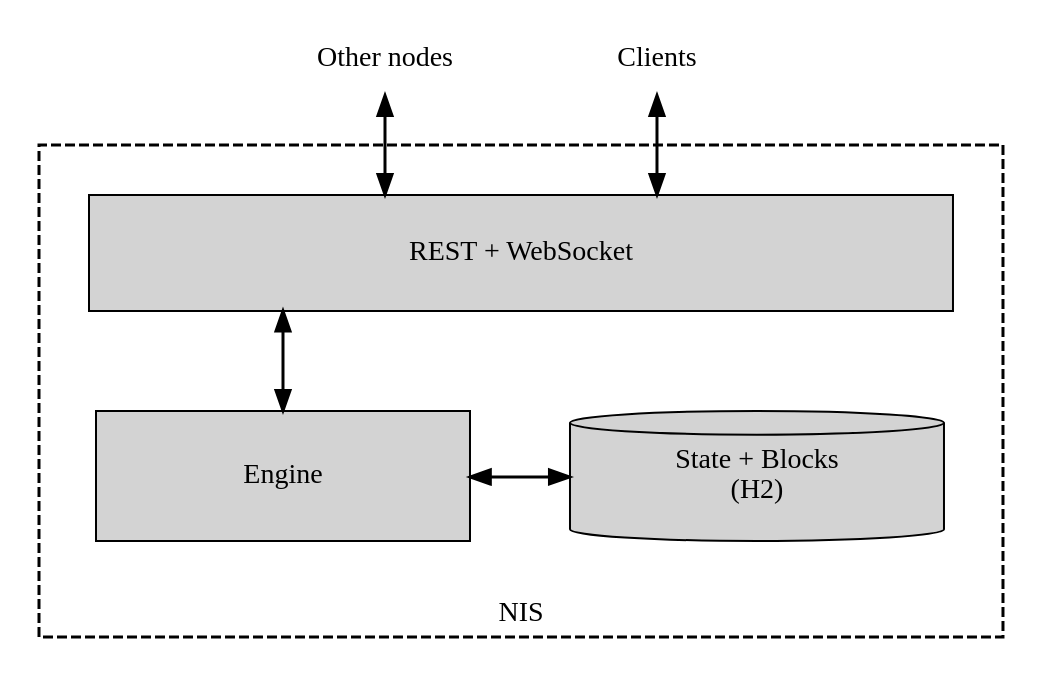
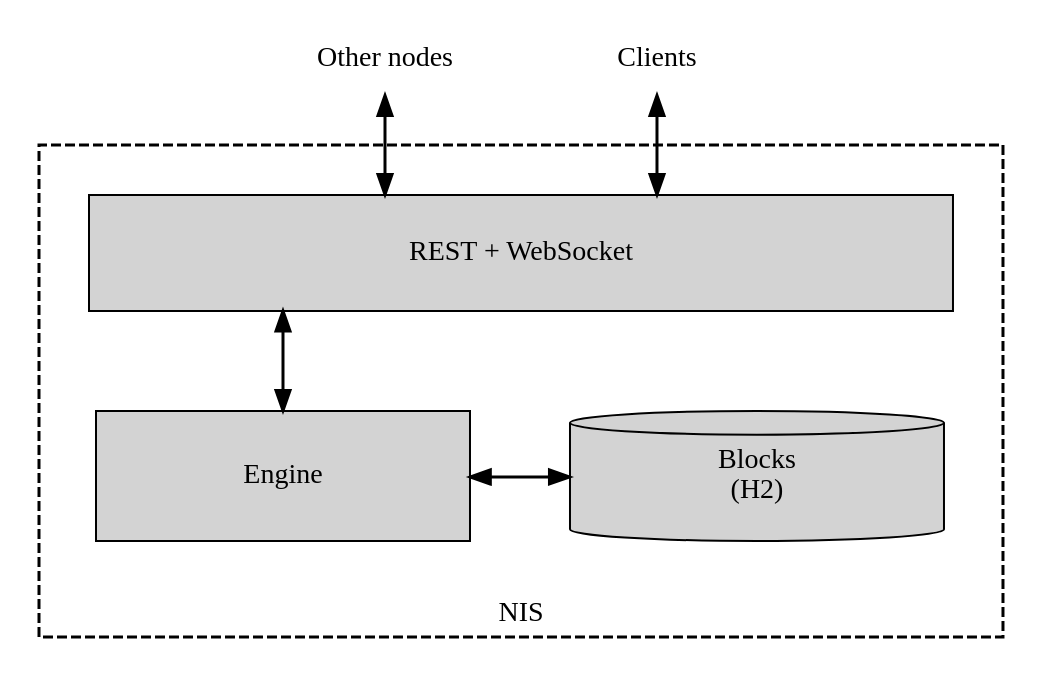
Before and after one commit to NemProject/nem: the first of 2 diagrams in mkdocs/pages/en/textbook/nodes.md, drawn with Graphviz. The commit also changed other lines of this file and 1 other file, not shown here.

````diff
--- a/mkdocs/pages/en/textbook/nodes.md
+++ b/mkdocs/pages/en/textbook/nodes.md
@@ -23,39 +28,39 @@
 ```dot
 digraph NemNode {
     compound=true;
     splines=ortho;
     nodesep=0.7;
     ranksep=0.7;
     node [shape=box];
     edge [penwidth=1.5 dir=both];
 
     // External actors
     OtherNodes [label="Other nodes" shape=plaintext];
     Clients    [label="Clients" shape=plaintext];
 
     subgraph cluster_nis {
         label="NIS";
         labelloc=b;
         labeljust=c;
         style=dashed;
         penwidth=1.5;
         margin=25;
 
         // Core components
         REST   [label="REST + WebSocket" style=filled fixedsize=true width=6.0 height=0.8 URL="#rest-api"];
         Engine [label="Engine" style=filled width=2.6 height=0.9 URL="#engine"];
-        H2     [label="State + Blocks\n(H2)" style=filled width=2.6 height=0.9 shape=cylinder URL="#database"];
+        H2     [label="Blocks\n(H2)" style=filled width=2.6 height=0.9 shape=cylinder URL="#database"];
 
         { rank=same; Engine; H2; }
 
         // Internal connections
         REST -> Engine;
         REST -> H2 [style=invis];
         Engine -> H2;
     }
 
     // External connections
     OtherNodes -> REST;
     Clients -> REST;
 }
 ```
````
